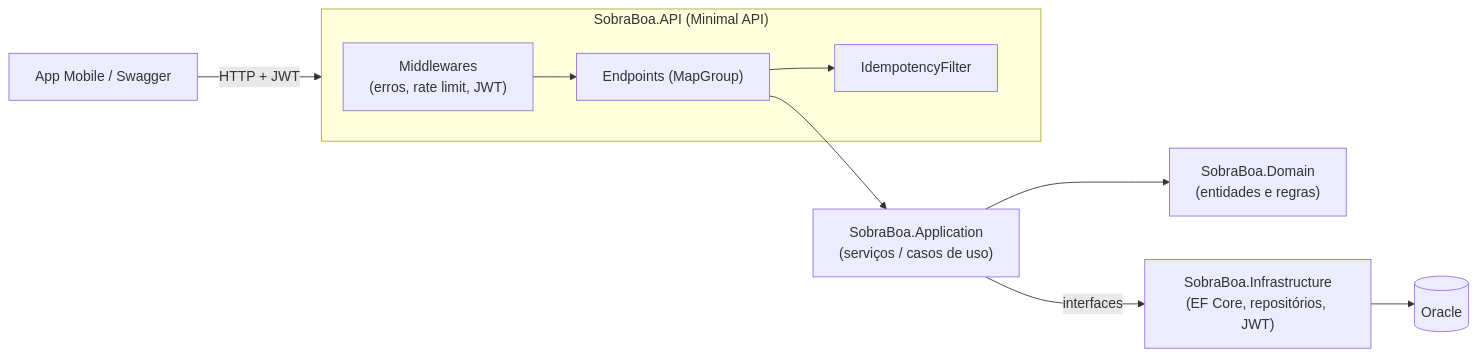
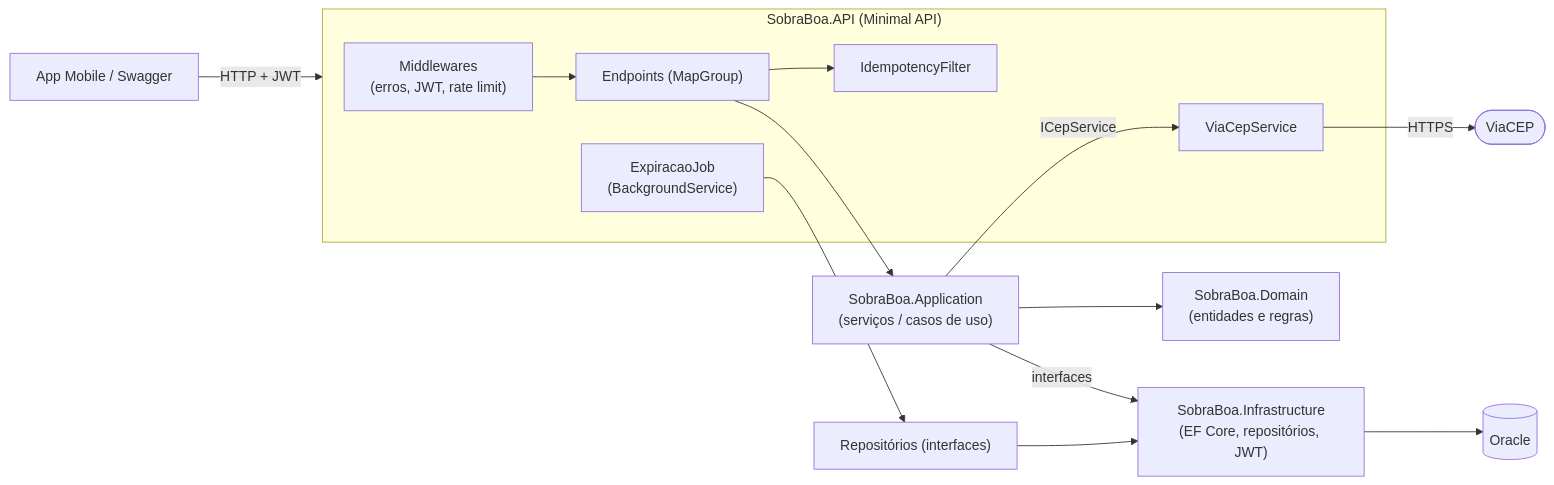
The second of 2 diagrams in README.md (CitizenTech-SobraBoa/sobraboa-api-dotnet), drawn with Mermaid before and after one commit. The commit also changed other lines of this file, not shown here.

````diff
--- a/README.md
+++ b/README.md
@@ -105,12 +119,18 @@
 ```mermaid
 flowchart LR
     APP["App Mobile / Swagger"] -->|"HTTP + JWT"| API
     subgraph API["SobraBoa.API (Minimal API)"]
-        MW["Middlewares<br/>(erros, rate limit, JWT)"] --> EP["Endpoints (MapGroup)"]
+        MW["Middlewares<br/>(erros, JWT, rate limit)"] --> EP["Endpoints (MapGroup)"]
         EP --> IDEM["IdempotencyFilter"]
+        JOB["ExpiracaoJob<br/>(BackgroundService)"]
+        CEP["ViaCepService"]
     end
     EP --> SVC["SobraBoa.Application<br/>(serviços / casos de uso)"]
+    JOB --> SVC2["Repositórios (interfaces)"]
     SVC --> DOM["SobraBoa.Domain<br/>(entidades e regras)"]
     SVC -->|"interfaces"| INF["SobraBoa.Infrastructure<br/>(EF Core, repositórios, JWT)"]
+    SVC2 --> INF
+    SVC -->|"ICepService"| CEP
+    CEP -->|"HTTPS"| VIACEP(["ViaCEP"])
     INF --> DB[("Oracle")]
 ```
````
